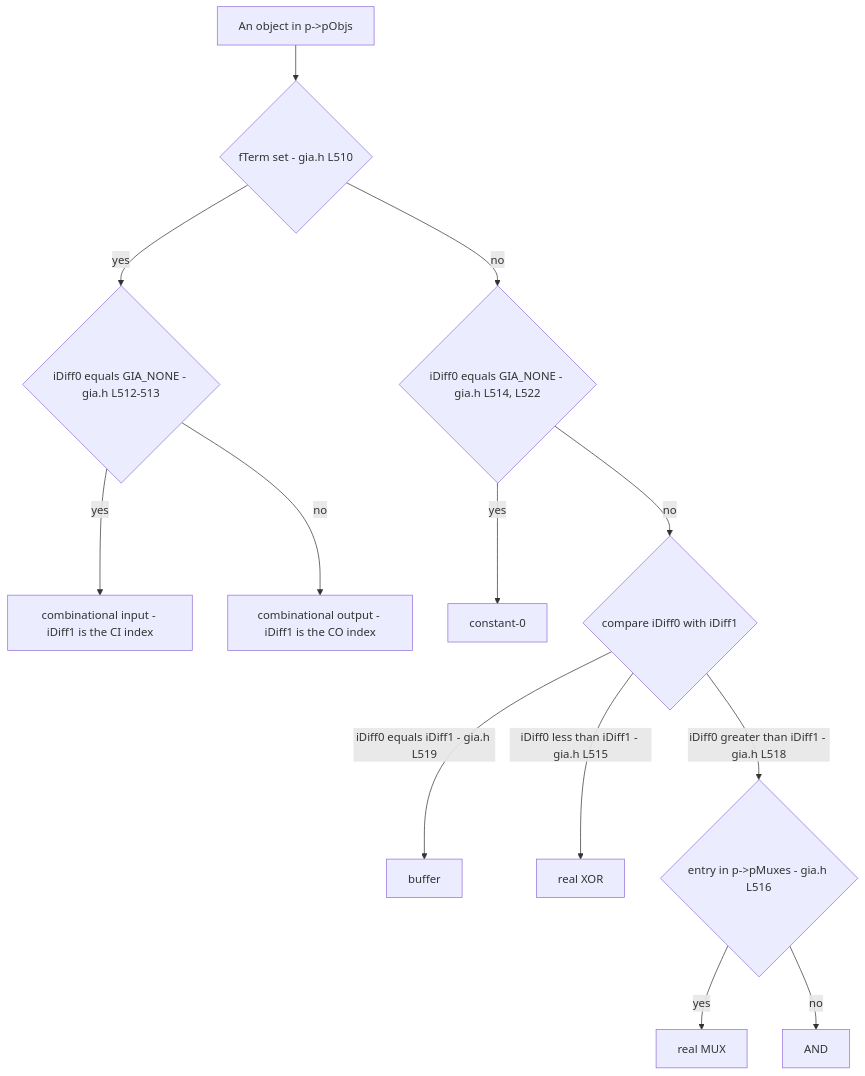
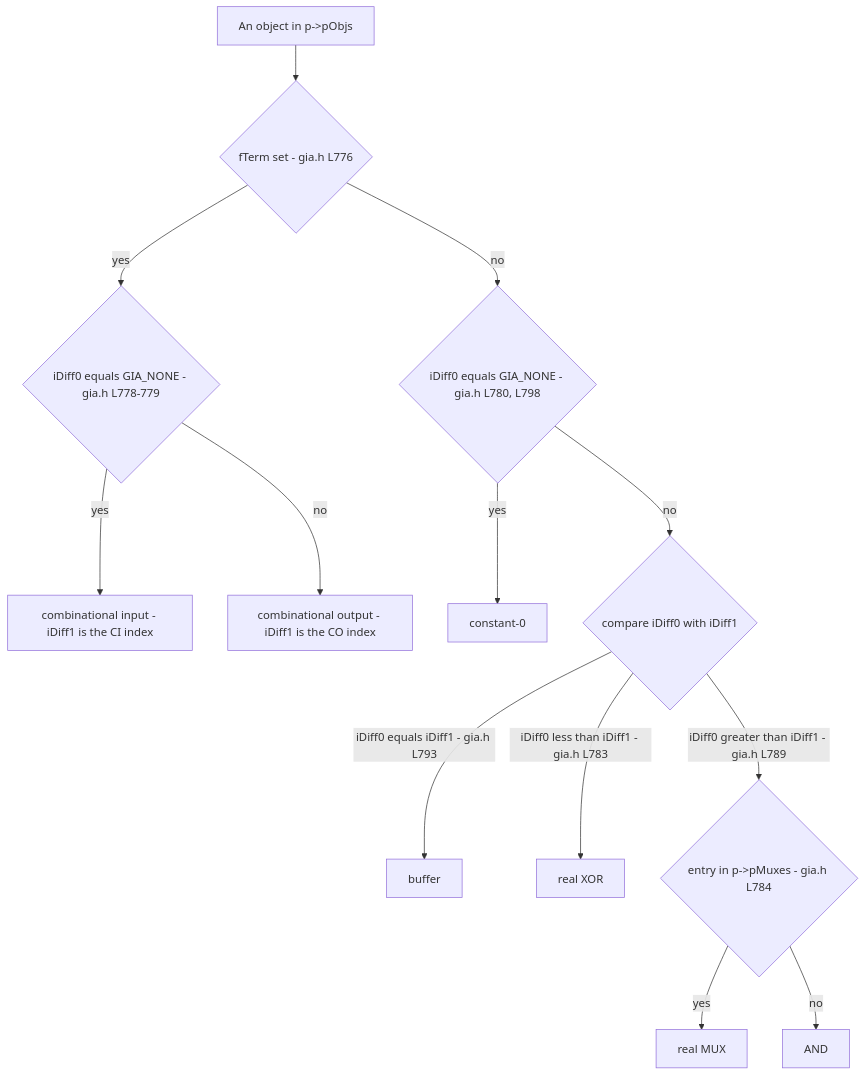
One commit to blitzy-research/abc changed the fifth of 10 diagrams in src/aig/gia/README.md. Above: the diagram before and after it, drawn with Mermaid. The commit also changed other lines of this file and 5 other files, not shown here.

````diff
--- a/src/aig/gia/README.md
+++ b/src/aig/gia/README.md
@@ -597,15 +598,15 @@
 ```mermaid
 flowchart TD
-    S["An object in p->pObjs"] --> T{"fTerm set - gia.h L510"}
-    T -- yes --> TC{"iDiff0 equals GIA_NONE - gia.h L512-513"}
+    S["An object in p->pObjs"] --> T{"fTerm set - gia.h L776"}
+    T -- yes --> TC{"iDiff0 equals GIA_NONE - gia.h L778-779"}
     TC -- yes --> CI["combinational input - iDiff1 is the CI index"]
     TC -- no --> CO["combinational output - iDiff1 is the CO index"]
-    T -- no --> NC{"iDiff0 equals GIA_NONE - gia.h L514, L522"}
+    T -- no --> NC{"iDiff0 equals GIA_NONE - gia.h L780, L798"}
     NC -- yes --> K0["constant-0"]
     NC -- no --> ORD{"compare iDiff0 with iDiff1"}
-    ORD -- "iDiff0 equals iDiff1 - gia.h L519" --> BUF["buffer"]
-    ORD -- "iDiff0 less than iDiff1 - gia.h L515" --> XOR["real XOR"]
-    ORD -- "iDiff0 greater than iDiff1 - gia.h L518" --> M{"entry in p->pMuxes - gia.h L516"}
+    ORD -- "iDiff0 equals iDiff1 - gia.h L793" --> BUF["buffer"]
+    ORD -- "iDiff0 less than iDiff1 - gia.h L783" --> XOR["real XOR"]
+    ORD -- "iDiff0 greater than iDiff1 - gia.h L789" --> M{"entry in p->pMuxes - gia.h L784"}
     M -- yes --> MUX["real MUX"]
     M -- no --> AND["AND"]
 ```
````
